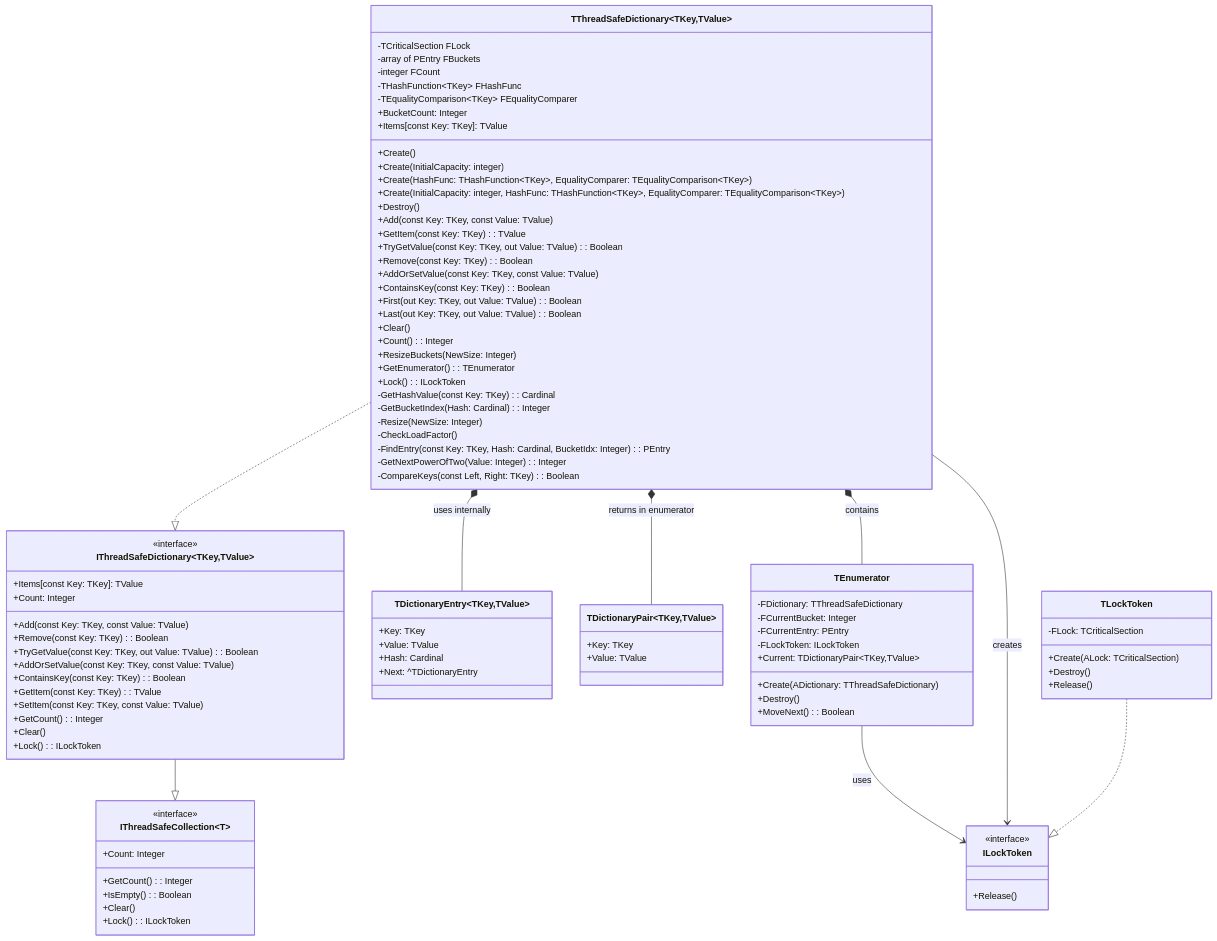
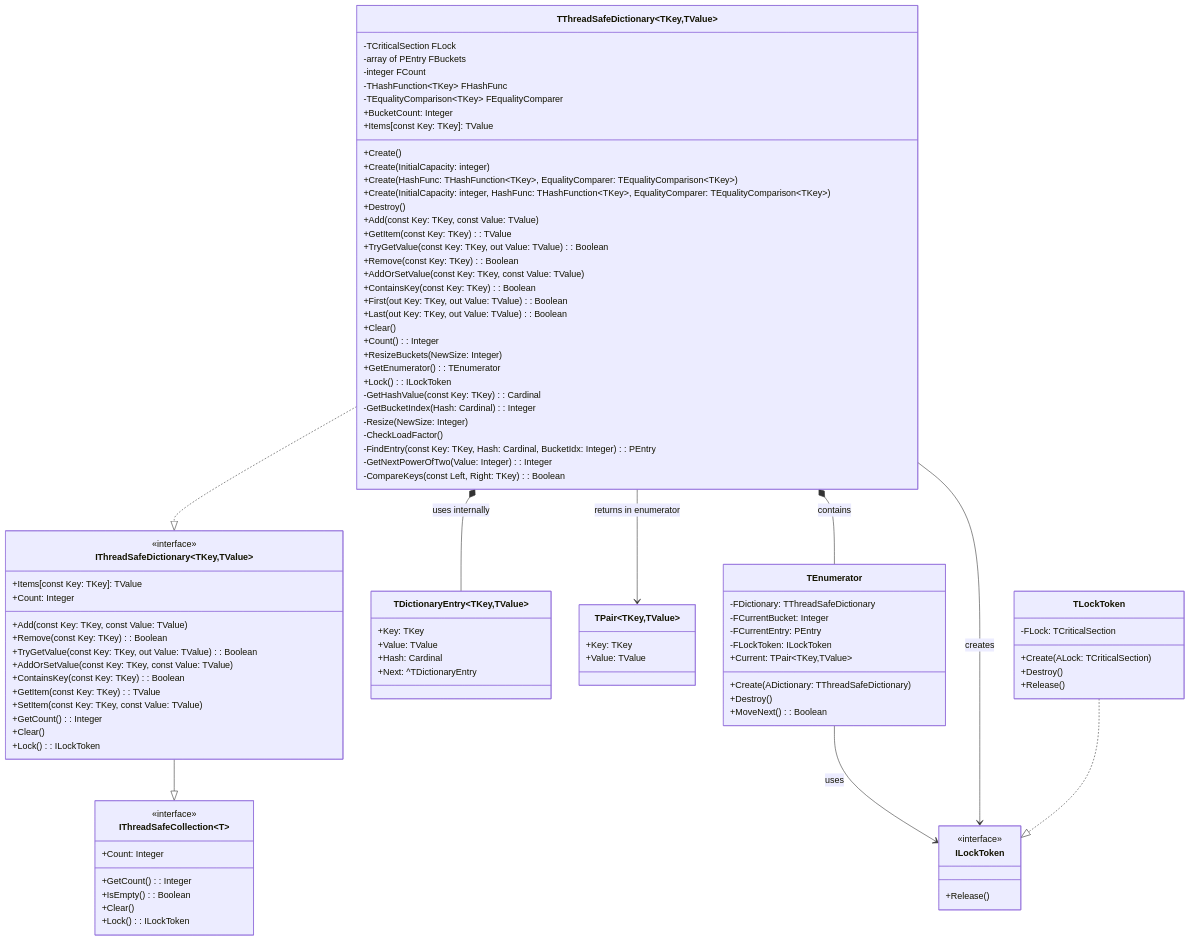
Before and after one commit to ikelaiah/threadsafecollections-fp: the diagram in docs/ThreadSafeCollections.Dictionary.md, drawn with Mermaid. The commit also changed other lines of this file and 1 other file, not shown here.

```diff
--- a/docs/ThreadSafeCollections.Dictionary.md
+++ b/docs/ThreadSafeCollections.Dictionary.md
@@ -203,7 +189,7 @@
         +Next: ^TDictionaryEntry
     }
 
-    class TDictionaryPair~TKey,TValue~ {
+    class TPair~TKey,TValue~ {
         +Key: TKey
         +Value: TValue
     }
@@ -216,7 +202,7 @@
         +Create(ADictionary: TThreadSafeDictionary)
         +Destroy()
         +MoveNext(): Boolean
-        +Current: TDictionaryPair~TKey,TValue~
+        +Current: TPair~TKey,TValue~
     }
 
     class ILockToken {
@@ -235,7 +221,7 @@
     TThreadSafeDictionary ..|> IThreadSafeDictionary
     TThreadSafeDictionary *-- TEnumerator : contains
     TThreadSafeDictionary *-- TDictionaryEntry : uses internally
-    TThreadSafeDictionary *-- TDictionaryPair : returns in enumerator
+    TThreadSafeDictionary --> TPair : returns in enumerator
     TEnumerator --> ILockToken : uses
     TThreadSafeDictionary --> ILockToken : creates
     TLockToken ..|> ILockToken
```
